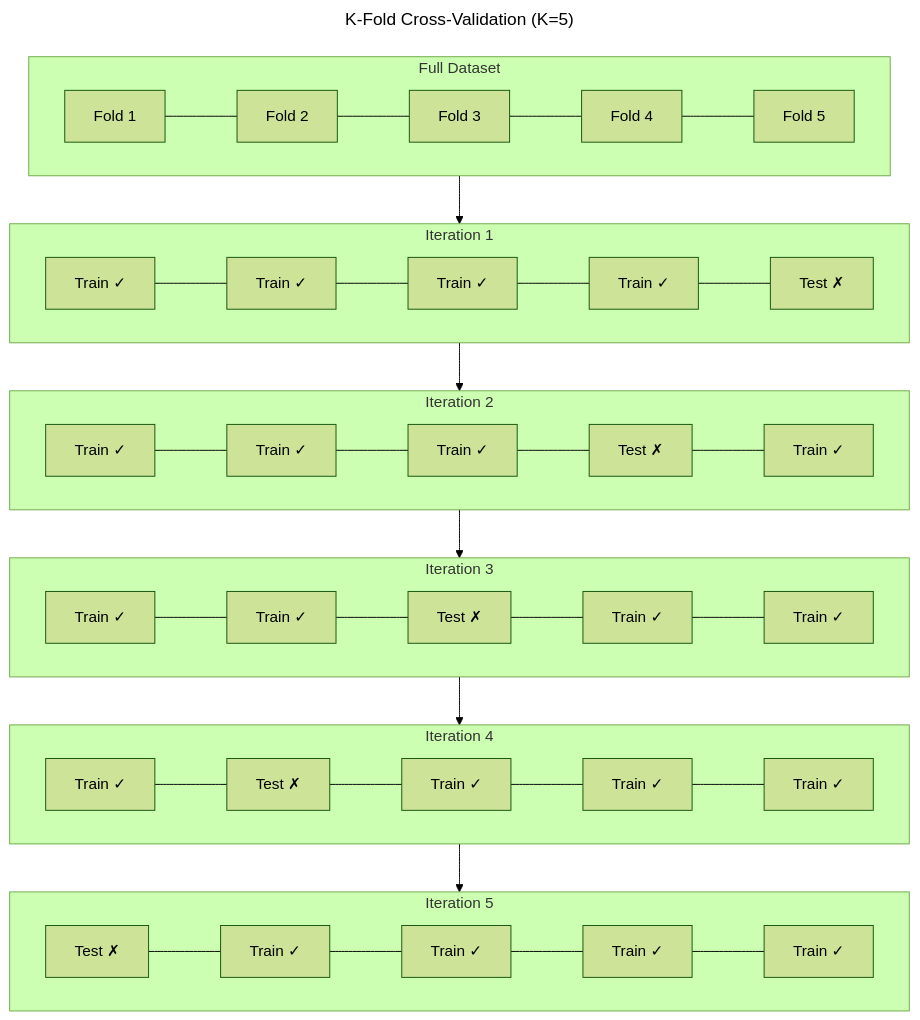
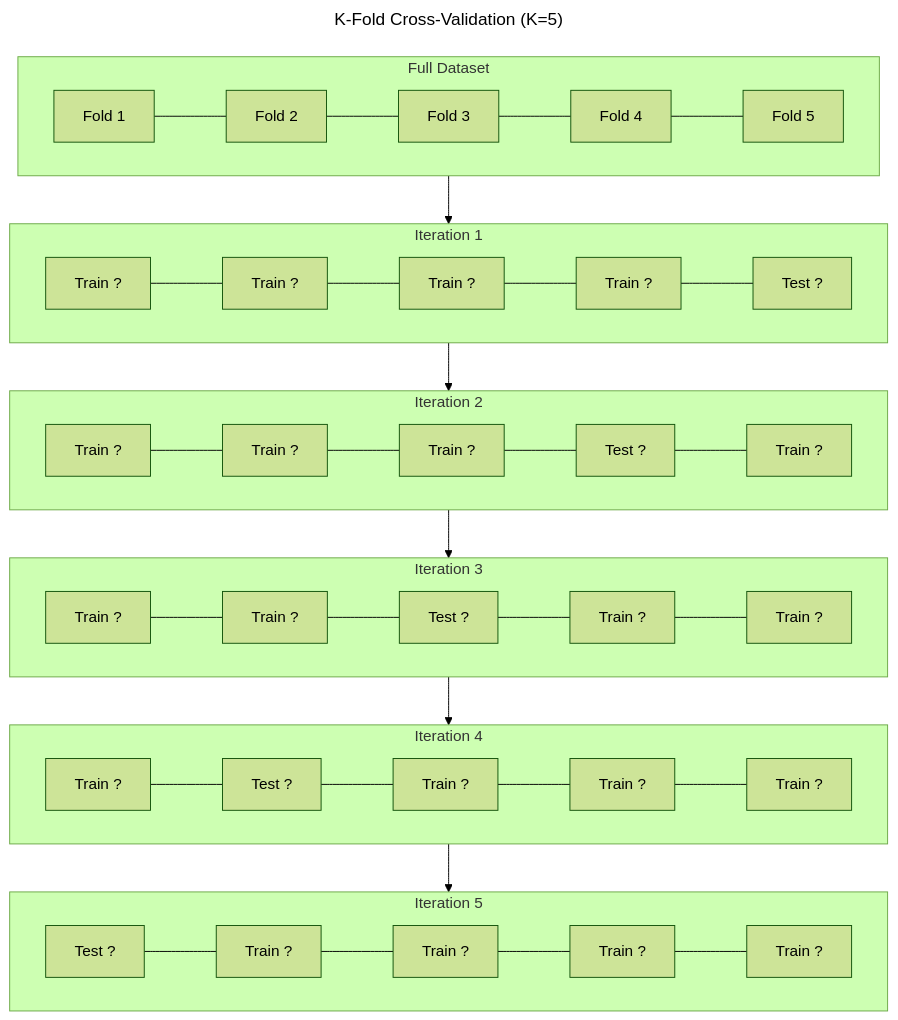
One commit to Raushan666java/ai-engineering-journey changed the third of 7 diagrams in docs/courses/machine-learning/10-model-evaluation.md. Above: the diagram before and after it, drawn with Mermaid (forest theme). The commit also changed other lines of this file and 790 other files, not shown here.

Commit message:
Sync all course diagram renders and content updates

````diff
--- a/docs/courses/machine-learning/10-model-evaluation.md
+++ b/docs/courses/machine-learning/10-model-evaluation.md
@@ -110,31 +110,31 @@
 ```mermaid
 ---
 title: K-Fold Cross-Validation (K=5)
 ---
 flowchart TD
     subgraph Data["Full Dataset"]
         A1[Fold 1] --- A2[Fold 2] --- A3[Fold 3] --- A4[Fold 4] --- A5[Fold 5]
     end
 
     subgraph Iteration1["Iteration 1"]
-        B1["Train ✓"] --- B2["Train ✓"] --- B3["Train ✓"] --- B4["Train ✓"] --- B5["Test ✗"]
+        B1["Train ?"] --- B2["Train ?"] --- B3["Train ?"] --- B4["Train ?"] --- B5["Test ?"]
     end
 
     subgraph Iteration2["Iteration 2"]
-        C1["Train ✓"] --- C2["Train ✓"] --- C3["Train ✓"] --- C4["Test ✗"] --- C5["Train ✓"]
+        C1["Train ?"] --- C2["Train ?"] --- C3["Train ?"] --- C4["Test ?"] --- C5["Train ?"]
     end
 
     subgraph Iteration3["Iteration 3"]
-        D1["Train ✓"] --- D2["Train ✓"] --- D3["Test ✗"] --- D4["Train ✓"] --- D5["Train ✓"]
+        D1["Train ?"] --- D2["Train ?"] --- D3["Test ?"] --- D4["Train ?"] --- D5["Train ?"]
     end
 
     subgraph Iteration4["Iteration 4"]
-        E1["Train ✓"] --- E2["Test ✗"] --- E3["Train ✓"] --- E4["Train ✓"] --- E5["Train ✓"]
+        E1["Train ?"] --- E2["Test ?"] --- E3["Train ?"] --- E4["Train ?"] --- E5["Train ?"]
     end
 
     subgraph Iteration5["Iteration 5"]
-        F1["Test ✗"] --- F2["Train ✓"] --- F3["Train ✓"] --- F4["Train ✓"] --- F5["Train ✓"]
+        F1["Test ?"] --- F2["Train ?"] --- F3["Train ?"] --- F4["Train ?"] --- F5["Train ?"]
     end
 
     Data --> Iteration1 --> Iteration2 --> Iteration3 --> Iteration4 --> Iteration5
 ```
````
